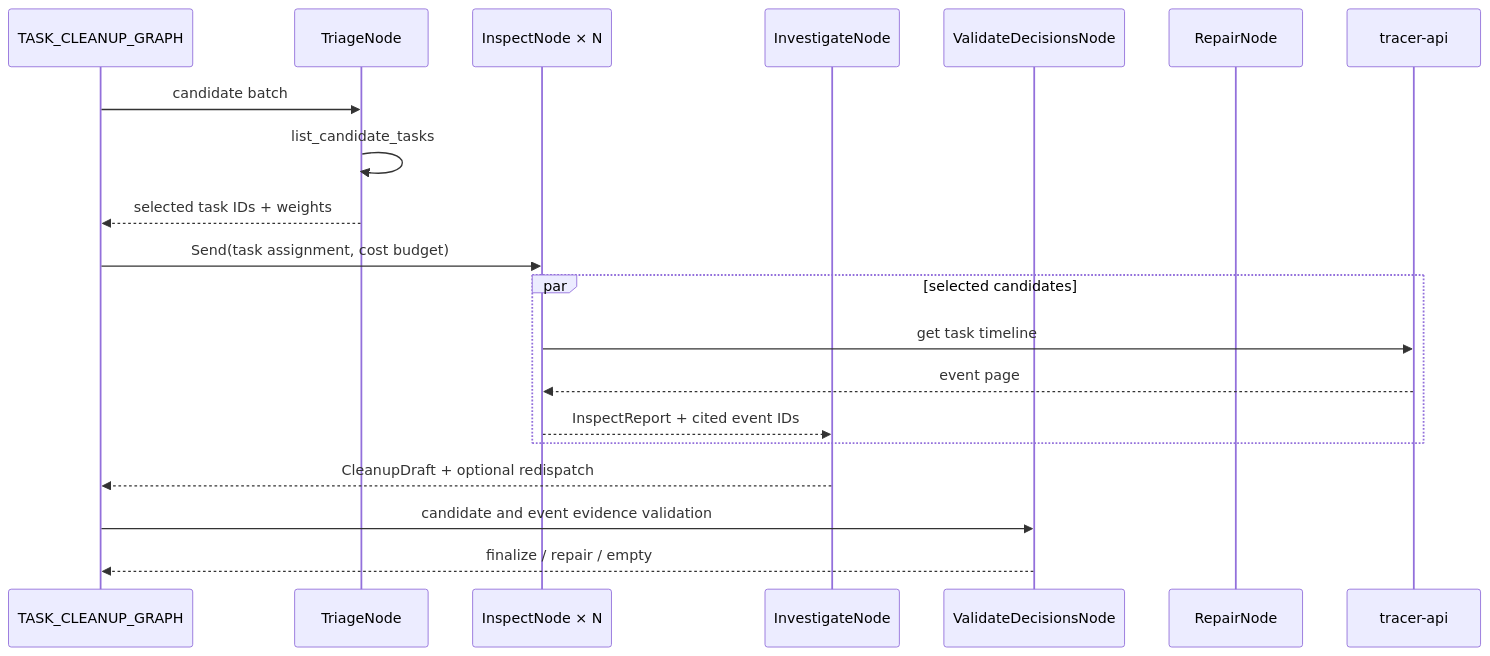
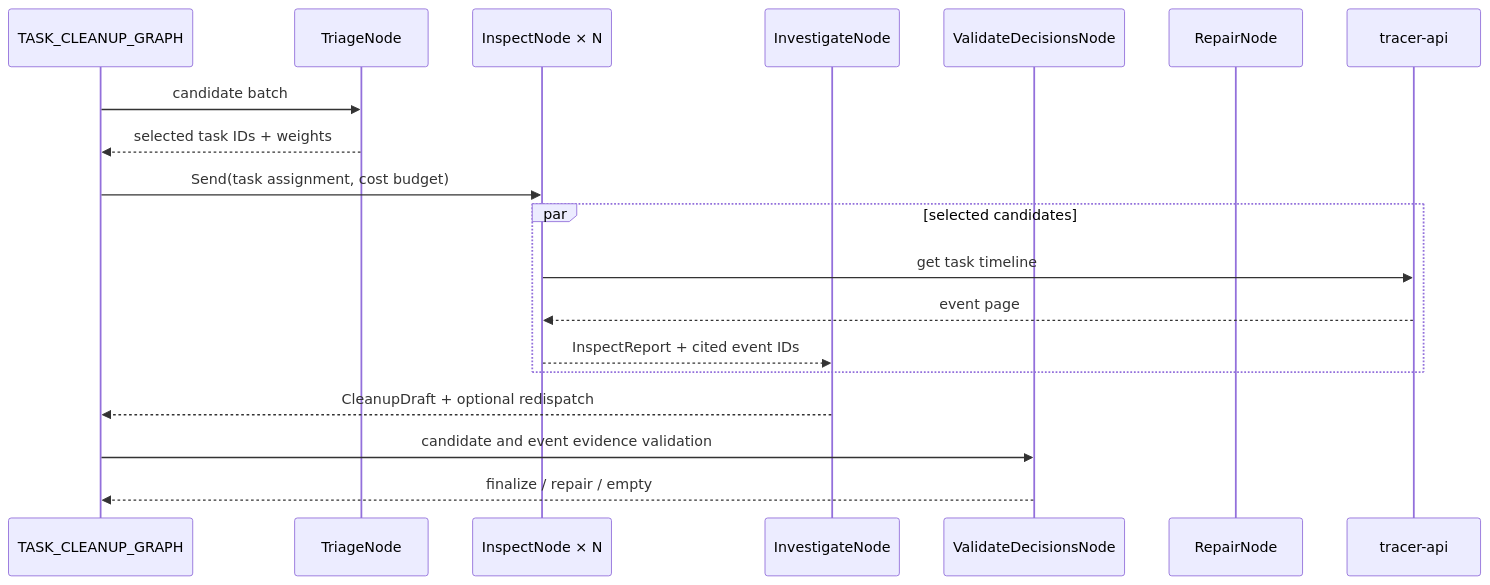
One commit to agent-tracer/tracer-agent-python changed the second of 4 diagrams in src/tracer_agent/worker/agents/task_cleanup/README.md. Above: the diagram before and after it, drawn with Mermaid. The commit also changed other lines of this file and 16 other files, not shown here.

````diff
--- a/src/tracer_agent/worker/agents/task_cleanup/README.md
+++ b/src/tracer_agent/worker/agents/task_cleanup/README.md
@@ -28,22 +28,21 @@
 ```mermaid
 sequenceDiagram
     participant G as TASK_CLEANUP_GRAPH
     participant T as TriageNode
     participant I as InspectNode × N
     participant C as InvestigateNode
     participant V as ValidateDecisionsNode
     participant R as RepairNode
     participant API as tracer-api
     G->>T: candidate batch
-    T->>T: list_candidate_tasks
     T-->>G: selected task IDs + weights
     G->>I: Send(task assignment, cost budget)
     par selected candidates
         I->>API: get task timeline
         API-->>I: event page
         I-->>C: InspectReport + cited event IDs
     end
     C-->>G: CleanupDraft + optional redispatch
     G->>V: candidate and event evidence validation
     V-->>G: finalize / repair / empty
 ```
````
